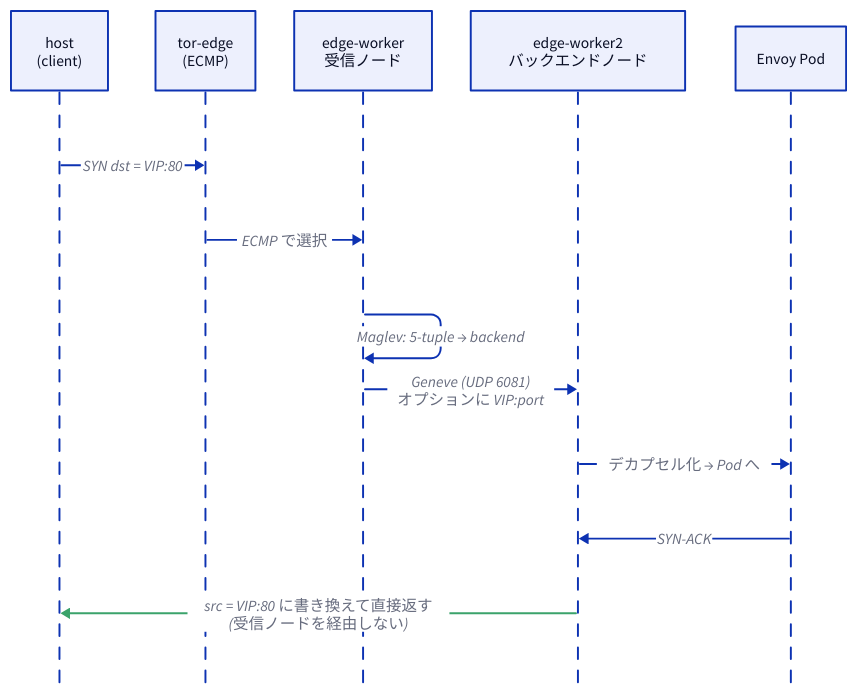
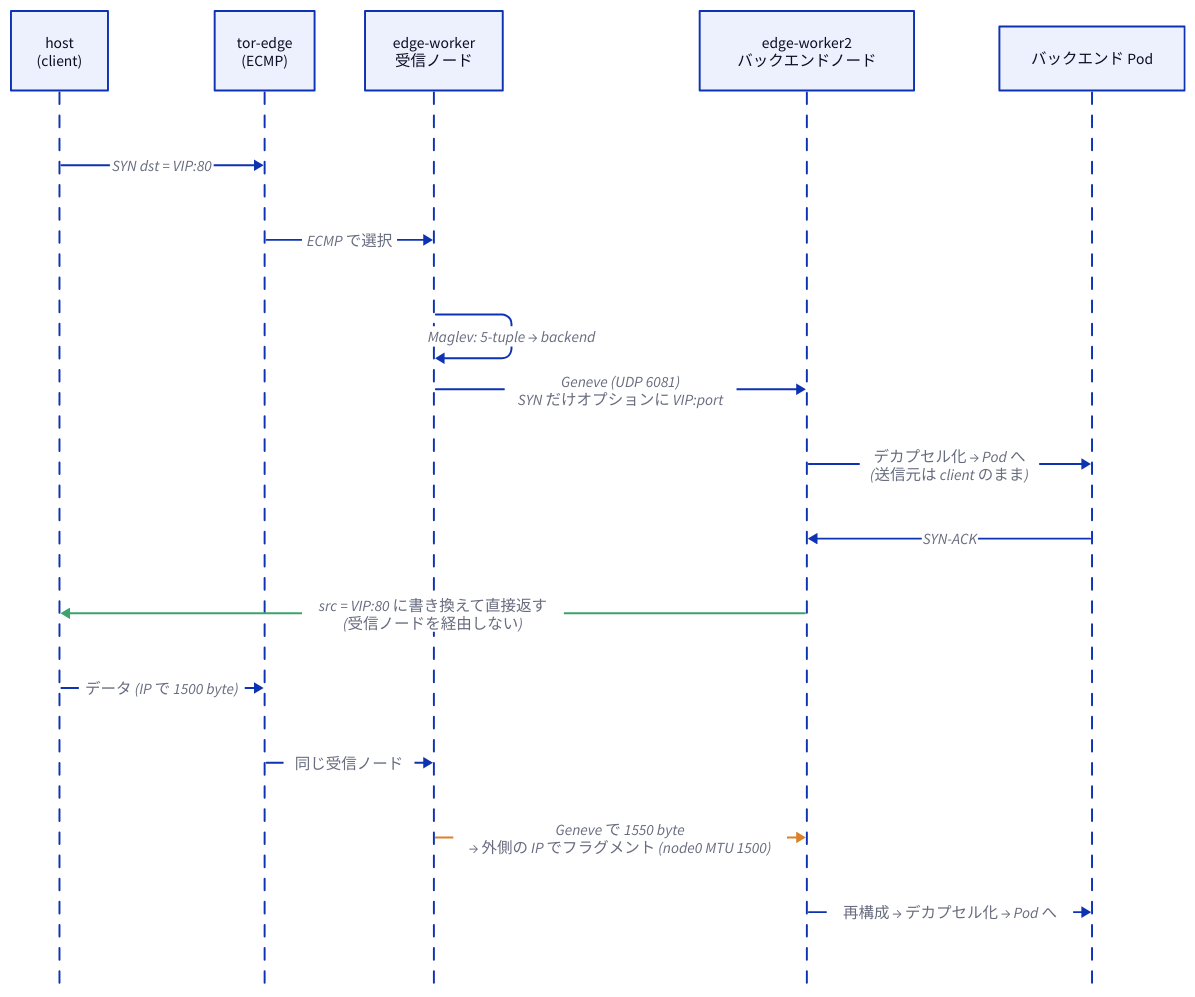
Before and after one commit to terassyi/terakoya: the diagram in kindcluster/mcs-gateway/docs/diagrams/dsr.d2, drawn with D2. The commit also changed 8 other files, not shown here.

First line of the commit message:
Design DSR and Maglev for mcs-gateway (mcsgw/05, docs)

```diff
--- a/kindcluster/mcs-gateway/docs/diagrams/dsr.d2
+++ b/kindcluster/mcs-gateway/docs/diagrams/dsr.d2
@@ -1,16 +1,20 @@
-# DSR (Geneve dispatch) + Maglev のパケットの流れ
+# DSR (Geneve dispatch) + Maglev のパケットの流れ (docs/cilium.md 5)
 shape: sequence_diagram
 
 client: "host\n(client)"
 tor: "tor-edge\n(ECMP)"
 rx: "edge-worker\n受信ノード"
 be: "edge-worker2\nバックエンドノード"
-pod: "Envoy Pod"
+pod: "バックエンド Pod"
 
 client -> tor: "SYN  dst = VIP:80"
 tor -> rx: "ECMP で選択"
 rx -> rx: "Maglev: 5-tuple → backend"
-rx -> be: "Geneve (UDP 6081)\nオプションに VIP:port"
-be -> pod: "デカプセル化 → Pod へ"
+rx -> be: "Geneve (UDP 6081)\nSYN だけオプションに VIP:port"
+be -> pod: "デカプセル化 → Pod へ\n(送信元は client のまま)"
 pod -> be: "SYN-ACK"
 be -> client: "src = VIP:80 に書き換えて直接返す\n(受信ノードを経由しない)" {style.stroke: "#3BA36B"}
+client -> tor: "データ (IP で 1500 byte)"
+tor -> rx: "同じ受信ノード"
+rx -> be: "Geneve で 1550 byte\n→ 外側の IP でフラグメント (node0 MTU 1500)" {style.stroke: "#D9822B"}
+be -> pod: "再構成 → デカプセル化 → Pod へ"
```
